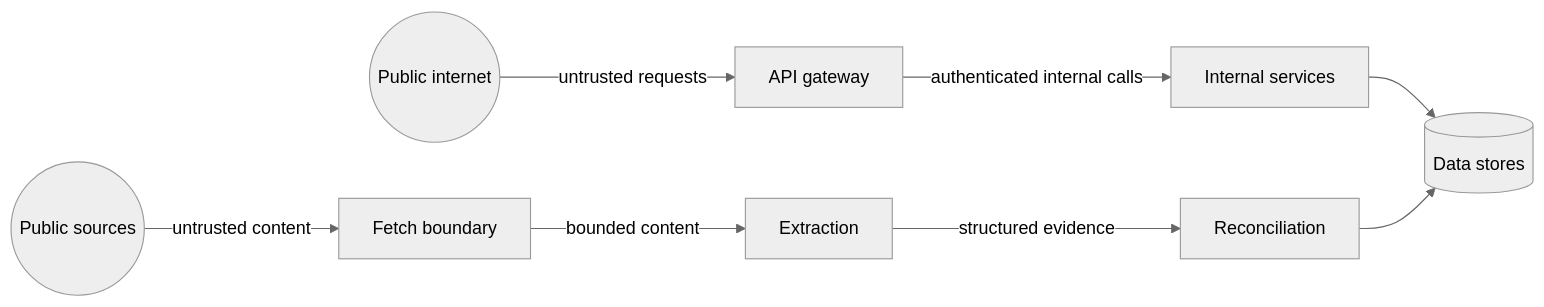
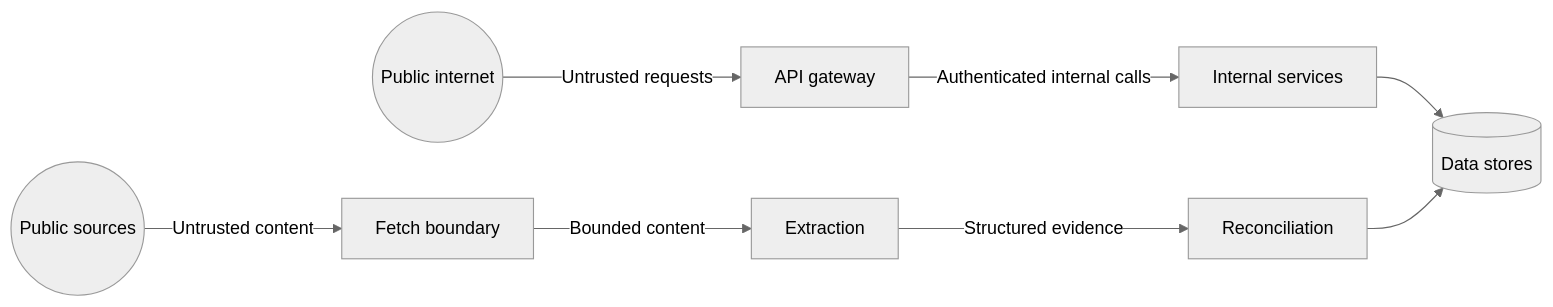
Before and after one commit to aderofrank402-spec/lumen-sieve: the third of 3 diagrams in docs/ARCHITECTURE.md, drawn with Mermaid (neutral theme). The commit also changed other lines of this file and 3 other files, not shown here.

Commit message:
docs: fix GitHub Mermaid rendering

````diff
--- a/docs/ARCHITECTURE.md
+++ b/docs/ARCHITECTURE.md
@@ -76,10 +76,10 @@
 ```mermaid
-flowchart LR
-    Internet((Public internet)) -->|untrusted requests| Gateway[API gateway]
-    Sources((Public sources)) -->|untrusted content| Fetch[Fetch boundary]
-    Gateway -->|authenticated internal calls| Services[Internal services]
-    Fetch -->|bounded content| Extract[Extraction]
-    Extract -->|structured evidence| Reconcile[Reconciliation]
-    Services --> Stores[(Data stores)]
-    Reconcile --> Stores
+graph LR
+    internet(("Public internet")) -->|"Untrusted requests"| gateway["API gateway"]
+    sources(("Public sources")) -->|"Untrusted content"| fetch["Fetch boundary"]
+    gateway -->|"Authenticated internal calls"| services["Internal services"]
+    fetch -->|"Bounded content"| extraction["Extraction"]
+    extraction -->|"Structured evidence"| reconciliation["Reconciliation"]
+    services --> stores[("Data stores")]
+    reconciliation --> stores
 ```
````
